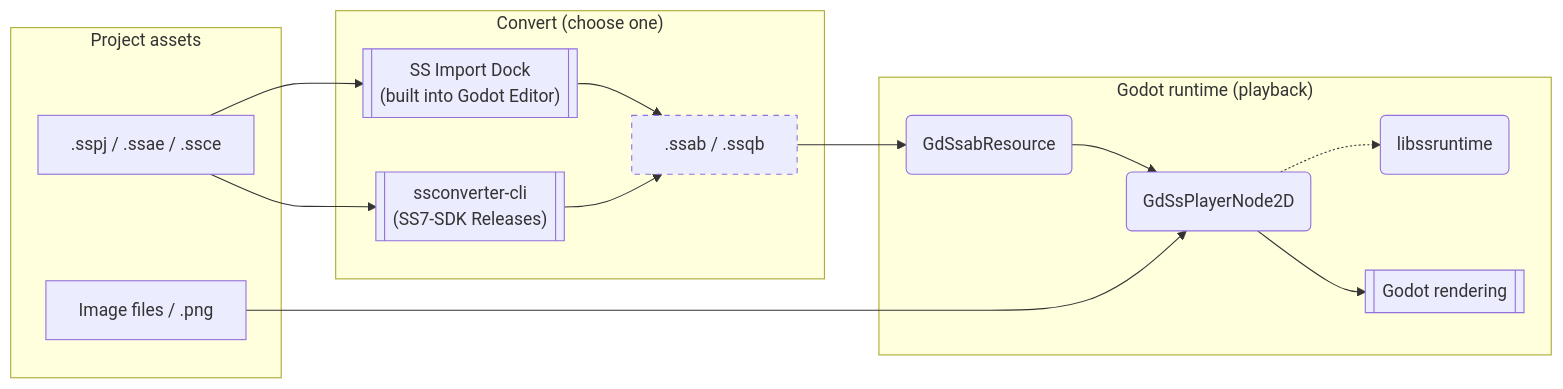
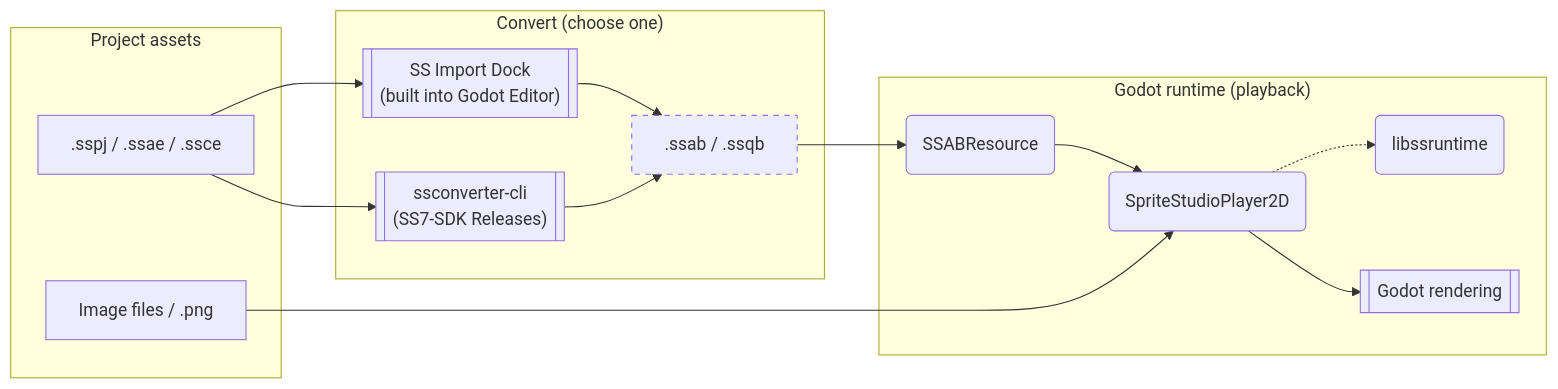
One commit to SpriteStudio/SSPlayerForGodot changed the diagram in README.md. Above: the diagram before and after it, drawn with Mermaid. The commit also changed other lines of this file and 46 other files, not shown here.

Commit message:
rename GdSsPlayer2D to SpriteStudioPlayer2D

````diff
--- a/README.md
+++ b/README.md
@@ -21,27 +21,27 @@
 ```mermaid
 graph LR
     subgraph Assets ["Project assets"]
         SS[" .sspj / .ssae / .ssce "]
         IMG[" Image files / .png "]
     end
 
     subgraph Convert ["Convert (choose one)"]
         DOCK[[" SS Import Dock<br>(built into Godot Editor) "]]
         CLI[[" ssconverter-cli<br>(SS7-SDK Releases) "]]
         SS --> DOCK
         SS --> CLI
         DOCK --> BIN[" .ssab / .ssqb "]
         CLI --> BIN
     end
 
     subgraph Runtime ["Godot runtime (playback)"]
-        BIN --> RES(" GdSsabResource ")
-        RES --> NODE(" GdSsPlayerNode2D ")
+        BIN --> RES(" SSABResource ")
+        RES --> NODE(" SpriteStudioPlayer2D ")
         NODE -.-> RT(" libssruntime ")
         IMG --> NODE
         NODE --> RENDER[[" Godot rendering "]]
     end
 
     classDef generated stroke-dasharray: 5 5;
     class BIN generated;
 ```
````
